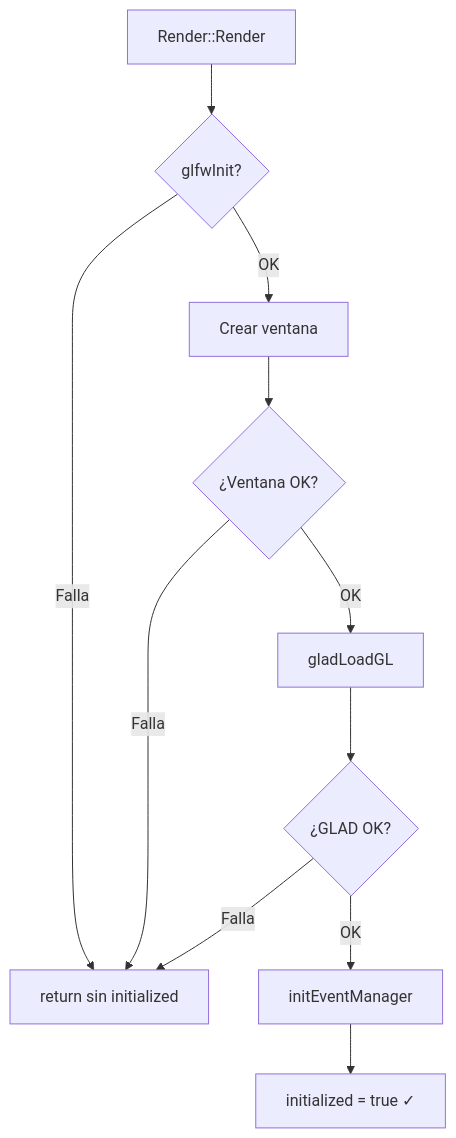
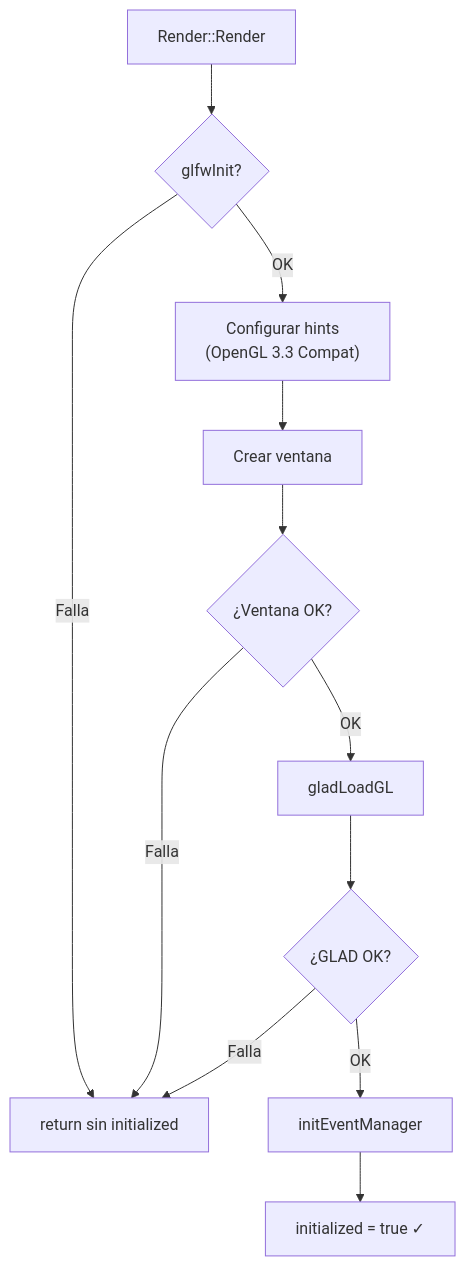
The first of 3 diagrams in Clase/Render.md (ApuntesRFC/ProgramacionGrafica), drawn with Mermaid before and after one commit. The commit also changed other lines of this file and 6 other files, not shown here.

````diff
--- a/Clase/Render.md
+++ b/Clase/Render.md
@@ -102,13 +116,14 @@
 ```mermaid
 graph TD
     A[Render::Render] --> B{glfwInit?}
     B -->|Falla| X[return sin initialized]
-    B -->|OK| C[Crear ventana]
+    B -->|OK| B2["Configurar hints<br/>(OpenGL 3.3 Compat)"]
+    B2 --> C[Crear ventana]
     C --> D{¿Ventana OK?}
     D -->|Falla| X
     D -->|OK| E[gladLoadGL]
     E --> F{¿GLAD OK?}
     F -->|Falla| X
     F -->|OK| G[initEventManager]
     G --> H[initialized = true ✓]
 ```
````
